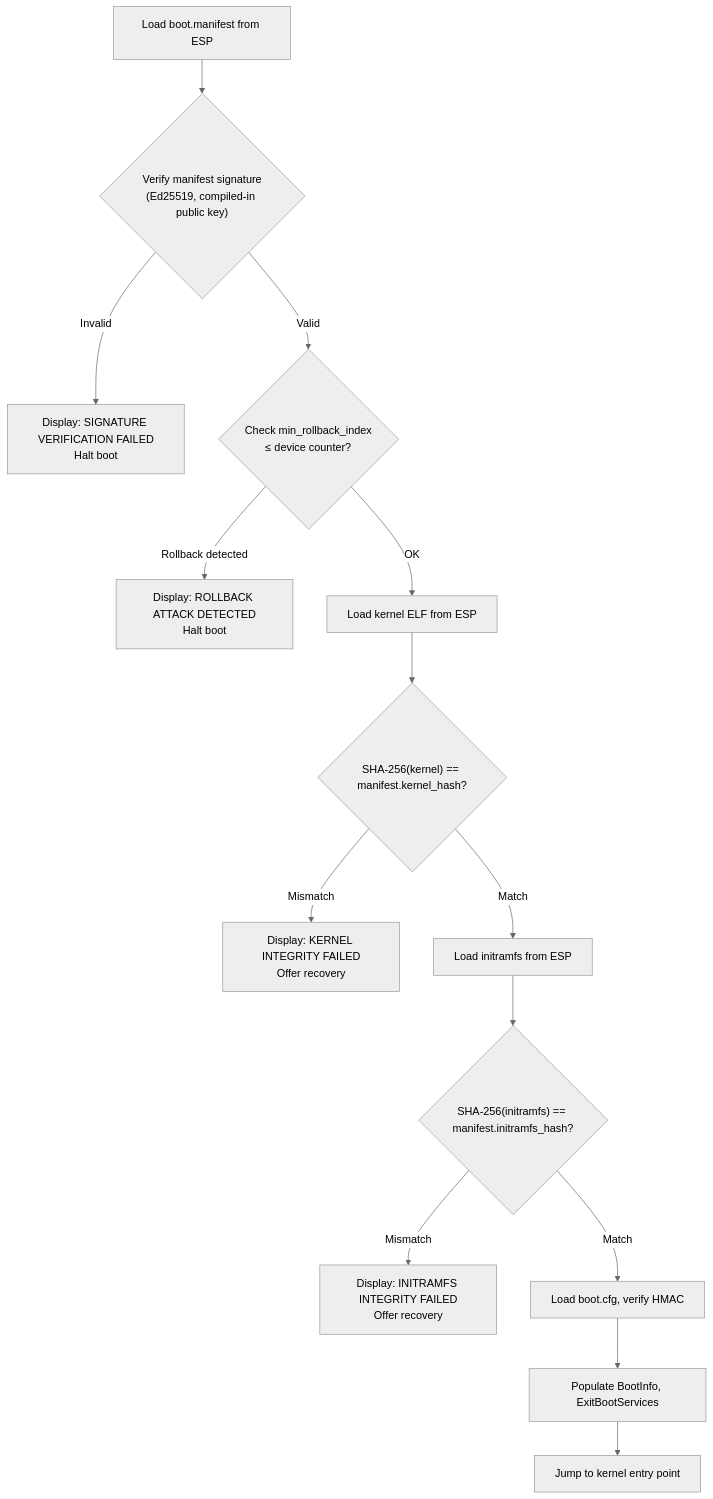
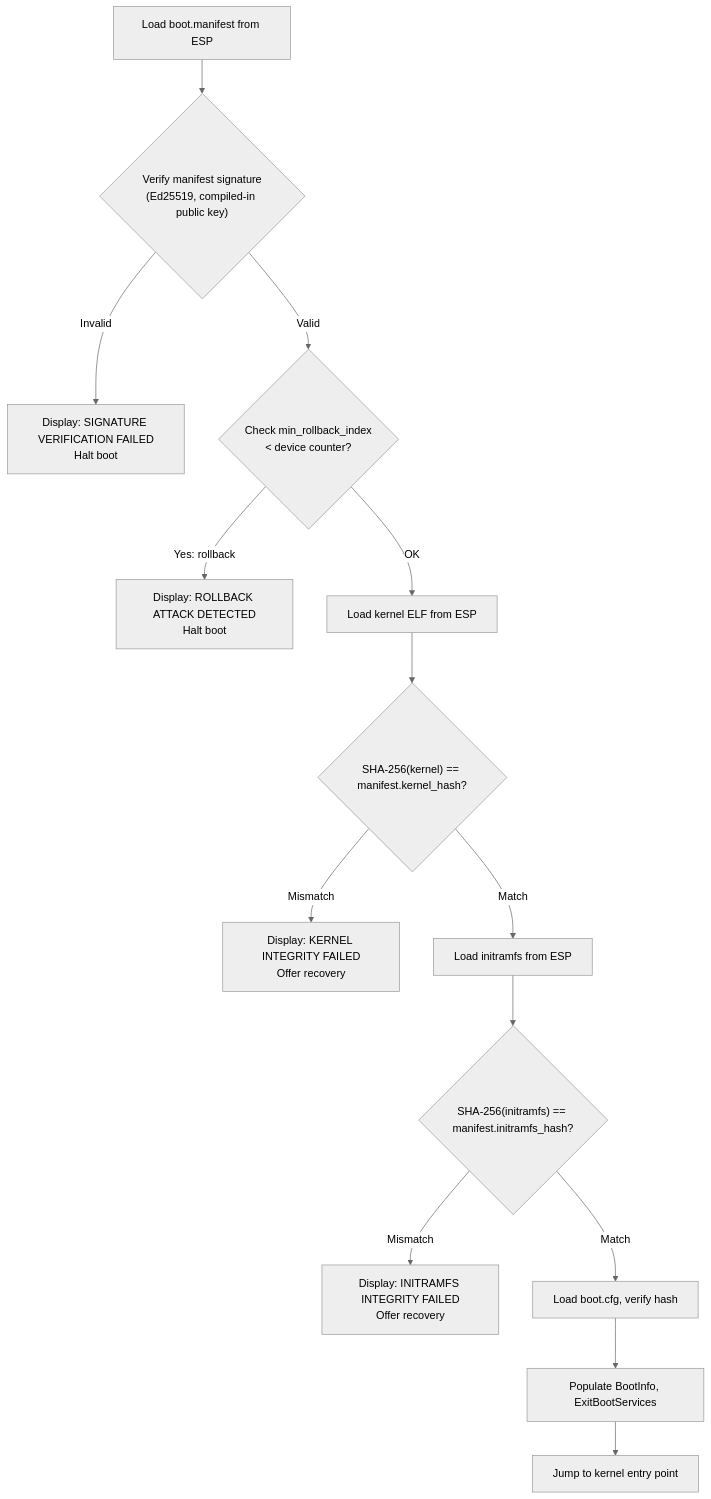
The third of 4 diagrams in docs/security/secure-boot/trust-chain.md (juslee/aios), drawn with Mermaid (neutral theme) before and after one commit. The commit also changed other lines of this file and 3 other files, not shown here.

````diff
--- a/docs/security/secure-boot/trust-chain.md
+++ b/docs/security/secure-boot/trust-chain.md
@@ -175,16 +175,16 @@
 ```mermaid
 flowchart TD
     A["Load boot.manifest from ESP"] --> B{"Verify manifest signature\n(Ed25519, compiled-in public key)"}
     B --> |"Invalid"| FAIL1["Display: SIGNATURE VERIFICATION FAILED\nHalt boot"]
-    B --> |"Valid"| C{"Check min_rollback_index\n≤ device counter?"}
-    C --> |"Rollback detected"| FAIL2["Display: ROLLBACK ATTACK DETECTED\nHalt boot"]
+    B --> |"Valid"| C{"Check min_rollback_index\n< device counter?"}
+    C --> |"Yes: rollback"| FAIL2["Display: ROLLBACK ATTACK DETECTED\nHalt boot"]
     C --> |"OK"| D["Load kernel ELF from ESP"]
     D --> E{"SHA-256(kernel) == manifest.kernel_hash?"}
     E --> |"Mismatch"| FAIL3["Display: KERNEL INTEGRITY FAILED\nOffer recovery"]
     E --> |"Match"| F["Load initramfs from ESP"]
     F --> G{"SHA-256(initramfs) == manifest.initramfs_hash?"}
     G --> |"Mismatch"| FAIL4["Display: INITRAMFS INTEGRITY FAILED\nOffer recovery"]
-    G --> |"Match"| H["Load boot.cfg, verify HMAC"]
+    G --> |"Match"| H["Load boot.cfg, verify hash"]
     H --> I["Populate BootInfo, ExitBootServices"]
     I --> J["Jump to kernel entry point"]
 ```
````
